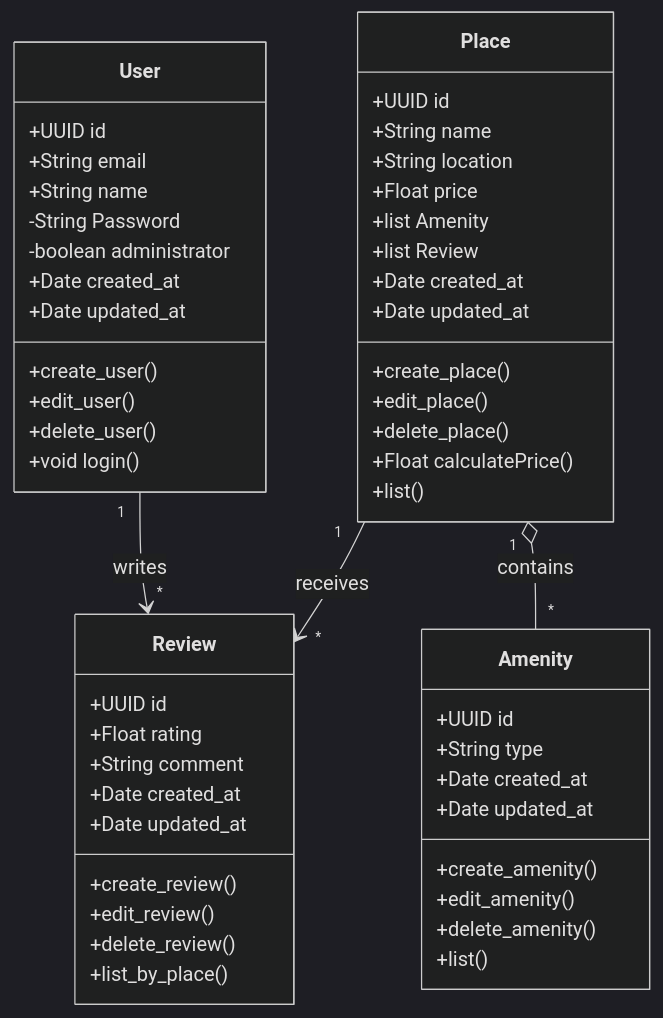
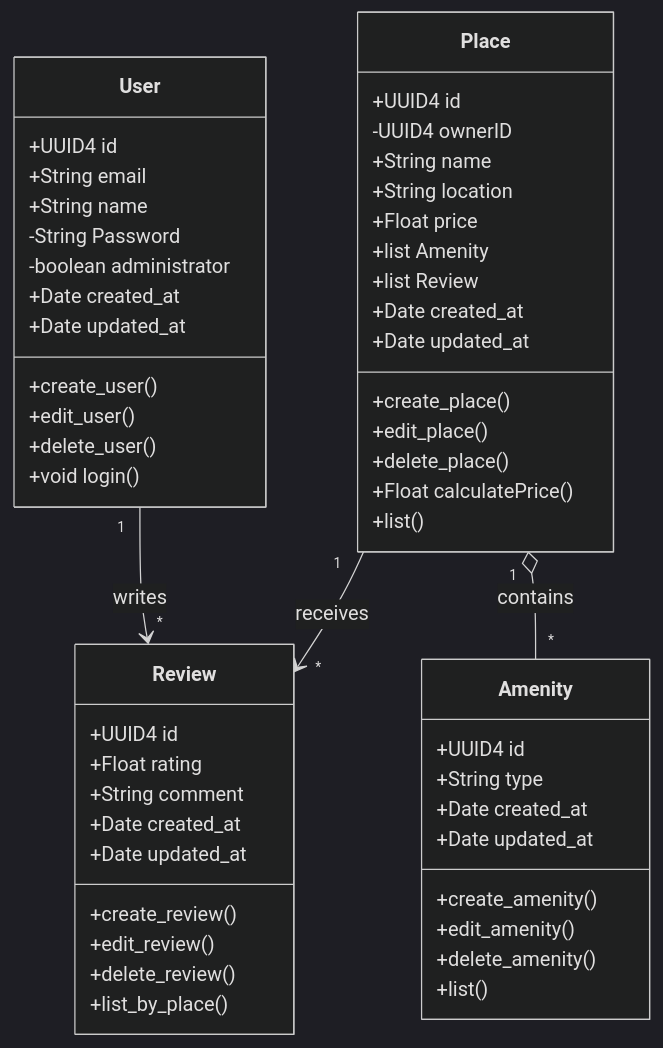
The diagram in part1/task01/uml_1.mermaid (Morg92b/holbertonschool-hbnb), drawn with Mermaid (dark theme) before and after one commit.

Commit message:
i add owner and version for uuid

```diff
--- a/part1/task01/uml_1.mermaid
+++ b/part1/task01/uml_1.mermaid
@@ -1,57 +1,58 @@
 classDiagram
 class User {
-    +UUID id
+    +UUID4 id
     +String email
     +String name
     -String Password
     -boolean administrator
     +Date created_at
     +Date updated_at
     +create_user()
     +edit_user()
     +delete_user()
     +void login()
 }
 
 class Place {
-    +UUID id
+    +UUID4 id
+    -UUID4 ownerID
     +String name
     +String location
     +Float price
     +list Amenity
     +list Review
     +Date created_at
     +Date updated_at
     +create_place()
     +edit_place()
     +delete_place()
     +Float calculatePrice()
     +list()
 }
 
 class Review {
-    +UUID id
+    +UUID4 id
     +Float rating
     +String comment
     +Date created_at
     +Date updated_at
     +create_review()
     +edit_review()
     +delete_review()
     +list_by_place()
 }
 
 class Amenity {
-    +UUID id
+    +UUID4 id
     +String type
     +Date created_at
     +Date updated_at
     +create_amenity()
     +edit_amenity()
     +delete_amenity()
     +list()
 }
 
 User "1" --> "*" Review : writes
 Place "1" --> "*" Review : receives
 Place "1" o-- "*" Amenity : contains
```
